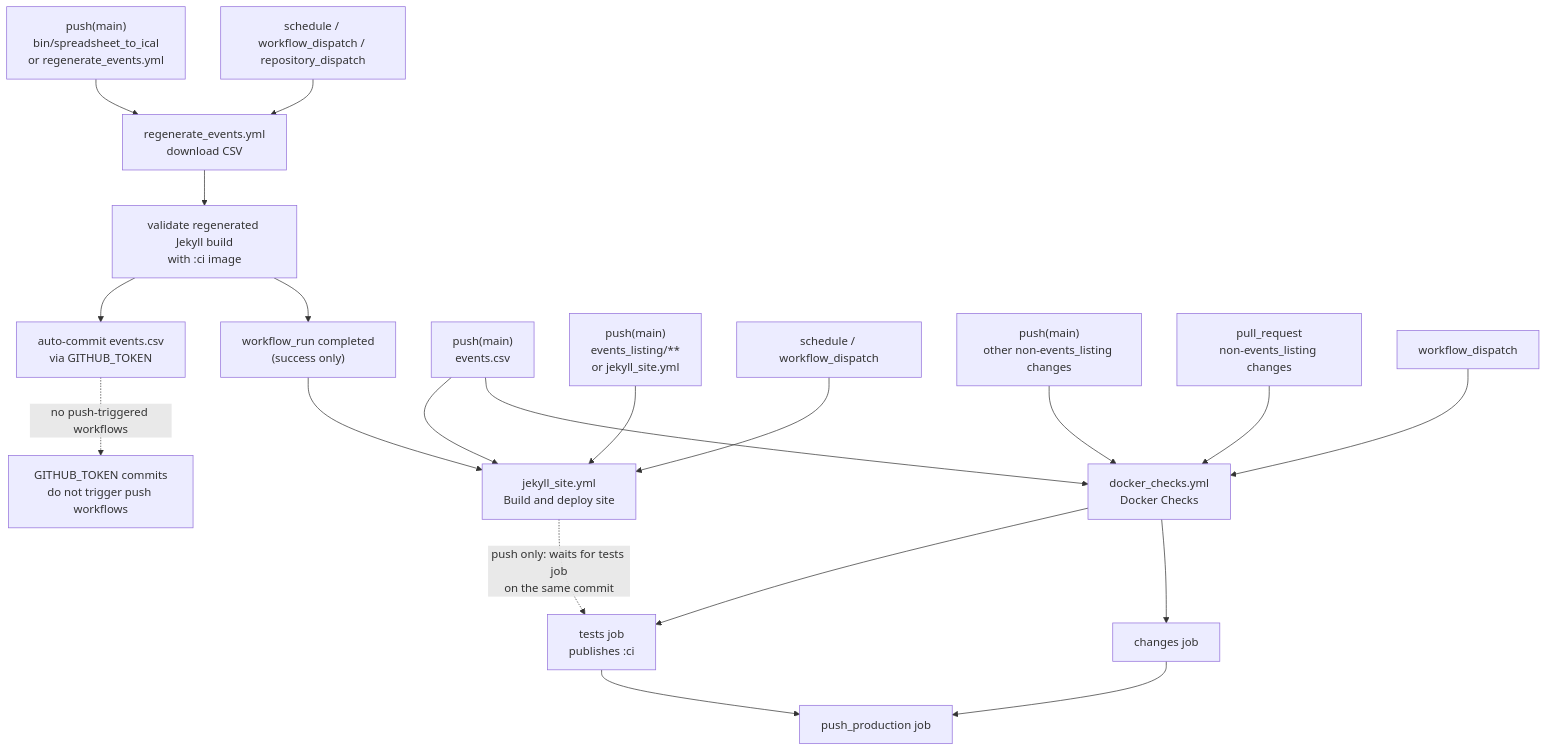
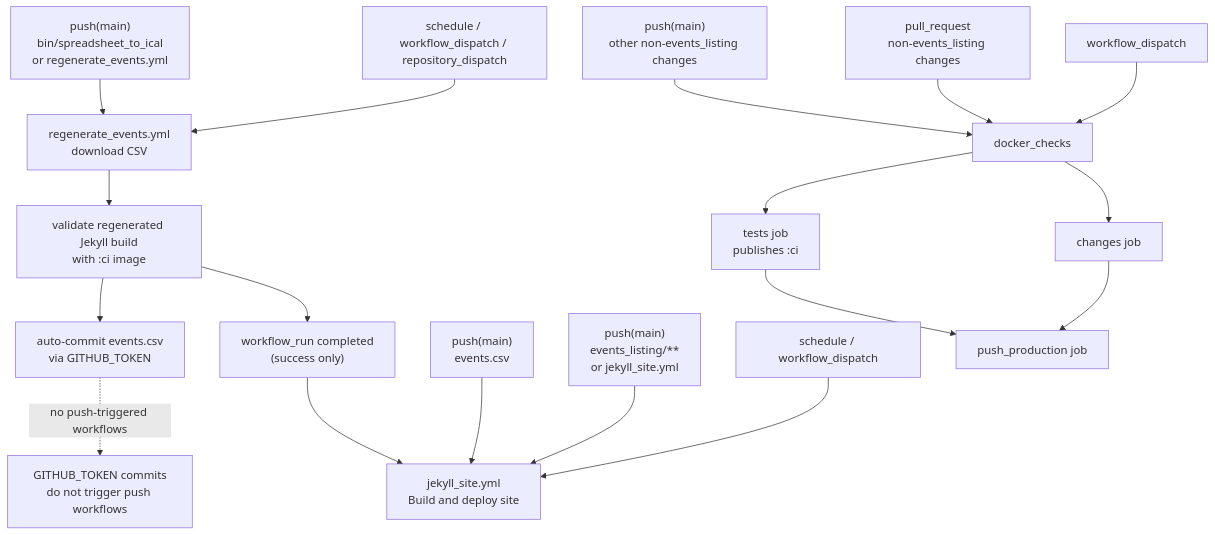
Before and after one commit to zewelor/ps_events: the diagram in .github/workflows/README.md, drawn with Mermaid. The commit also changed other lines of this file and 3 other files, not shown here.

````diff
--- a/.github/workflows/README.md
+++ b/.github/workflows/README.md
@@ -9,29 +9,26 @@
 ```mermaid
 flowchart TD
     push_regen["push(main)<br/>bin/spreadsheet_to_ical<br/>or regenerate_events.yml"] --> regenerate["regenerate_events.yml<br/>download CSV"]
     schedule_regen["schedule / workflow_dispatch / repository_dispatch"] --> regenerate
 
     regenerate --> regen_validate["validate regenerated Jekyll build<br/>with :ci image"]
     regen_validate --> regen_commit["auto-commit events.csv<br/>via GITHUB_TOKEN"]
     regen_validate --> regen_complete["workflow_run completed<br/>(success only)"]
     regen_complete --> jekyll["jekyll_site.yml<br/>Build and deploy site"]
 
     regen_commit -. no push-triggered workflows .-> token_note["GITHUB_TOKEN commits<br/>do not trigger push workflows"]
 
     push_events["push(main)<br/>events.csv"] --> jekyll
-    push_events --> docker_checks["docker_checks.yml<br/>Docker Checks"]
 
     push_site["push(main)<br/>events_listing/**<br/>or jekyll_site.yml"] --> jekyll
     schedule_site["schedule / workflow_dispatch"] --> jekyll
 
     push_backend["push(main)<br/>other non-events_listing changes"] --> docker_checks
     pr_backend["pull_request<br/>non-events_listing changes"] --> docker_checks
     dispatch_backend["workflow_dispatch"] --> docker_checks
 
     docker_checks --> docker_tests["tests job<br/>publishes :ci"]
     docker_checks --> docker_changes["changes job"]
     docker_tests --> docker_production["push_production job"]
     docker_changes --> docker_production
-
-    jekyll -. push only: waits for tests job<br/>on the same commit .-> docker_tests
 ```
````
